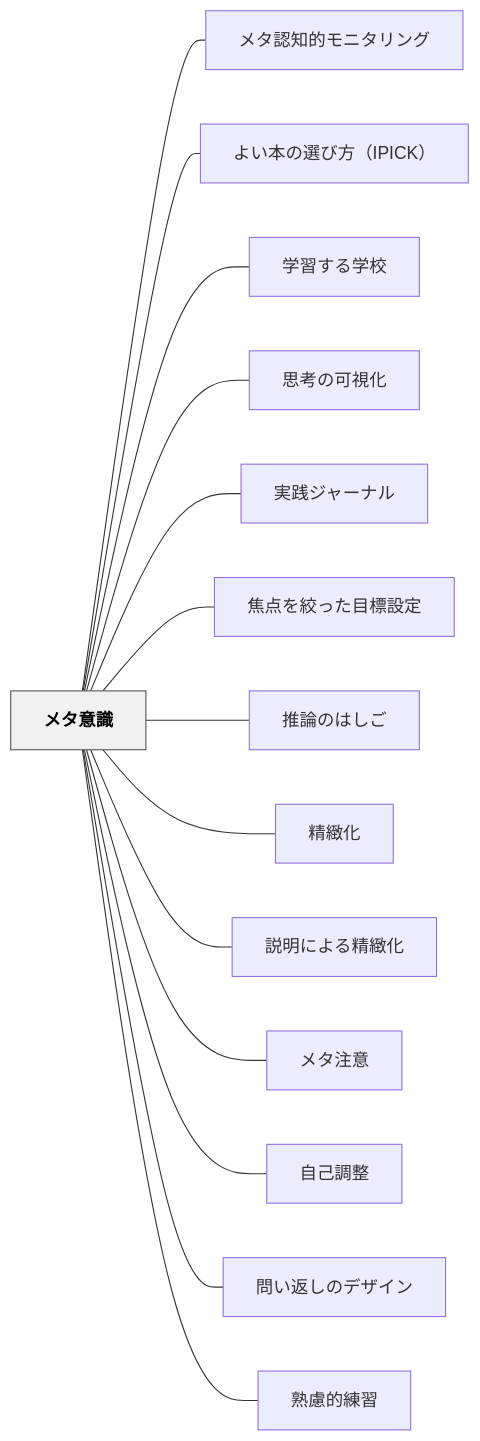
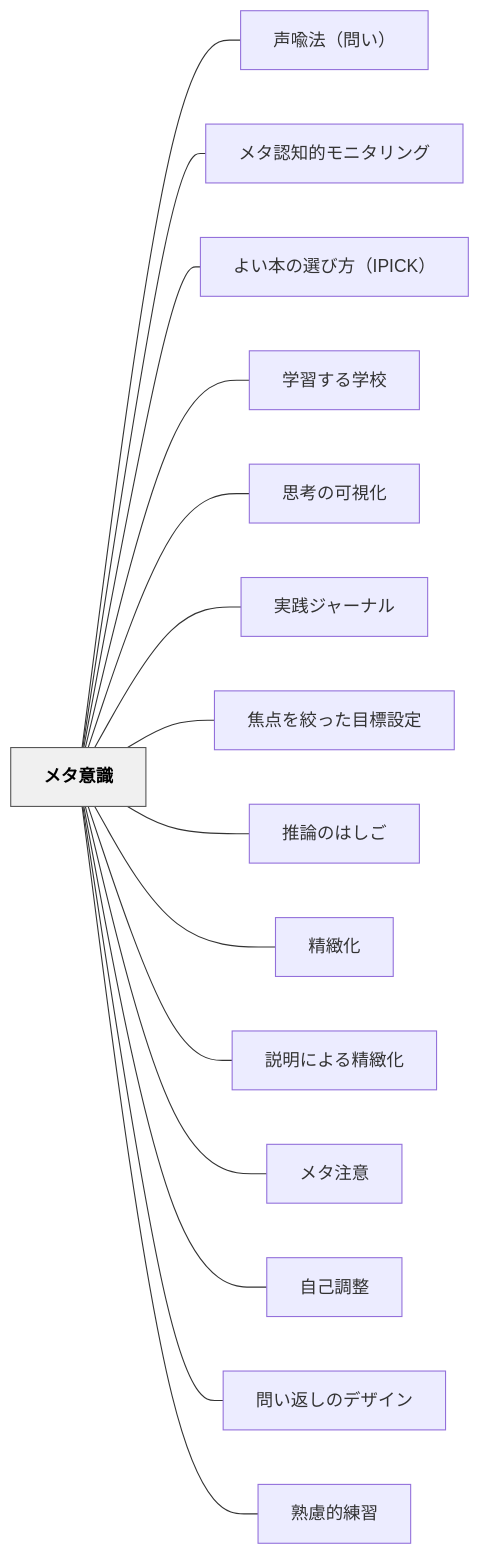
Before and after one commit to unknownthings-ed-patterns/unknownthings-ed-patterns: the diagram in content/パタン/メタ意識.md, drawn with Mermaid. The commit also changed other lines of this file and 38 other files, not shown here.

````diff
--- a/content/パタン/メタ意識.md
+++ b/content/パタン/メタ意識.md
@@ -83,34 +84,36 @@
 ```mermaid
 flowchart LR
     ne383a1e382bfe6848fe8ad98["メタ意識"]
+    ne5a3b0e596a9e6b395efbc88e5958fe38184efbc89["声喩法（問い）"]
     ne383a1e382bfe8aa8de79fa5e79a84e383a2e3838be382bfe383aae383b3e382b0["メタ認知的モニタリング"]
     ne38288e38184e69cace381aee981b8e381b3e696b9efbc88495049434befbc89["よい本の選び方（IPICK）"]
     ne5ada6e7bf92e38199e3828be5ada6e6a0a1["学習する学校"]
     ne6809de88083e381aee58fafe8a696e58c96["思考の可視化"]
     ne5ae9fe8b7b5e382b8e383a3e383bce3838ae383ab["実践ジャーナル"]
     ne784a6e782b9e38292e7b59ee381a3e3819fe79baee6a899e8a8ade5ae9a["焦点を絞った目標設定"]
     ne68ea8e8ab96e381aee381afe38197e38194["推論のはしご"]
     ne7b2bee7b7bbe58c96["精緻化"]
     ne8aaace6988ee381abe38288e3828be7b2bee7b7bbe58c96["説明による精緻化"]
     ne383a1e382bfe6b3a8e6848f["メタ注意"]
     ne887aae5b7b1e8aabfe695b4["自己調整"]
     ne5958fe38184e8bf94e38197e381aee38387e382b6e382a4e383b3["問い返しのデザイン"]
     ne7869fe685aee79a84e7b7b4e7bf92["熟慮的練習"]
 
+    ne383a1e382bfe6848fe8ad98 --- ne5a3b0e596a9e6b395efbc88e5958fe38184efbc89
     ne383a1e382bfe6848fe8ad98 --- ne383a1e382bfe8aa8de79fa5e79a84e383a2e3838be382bfe383aae383b3e382b0
     ne383a1e382bfe6848fe8ad98 --- ne38288e38184e69cace381aee981b8e381b3e696b9efbc88495049434befbc89
     ne383a1e382bfe6848fe8ad98 --- ne5ada6e7bf92e38199e3828be5ada6e6a0a1
     ne383a1e382bfe6848fe8ad98 --- ne6809de88083e381aee58fafe8a696e58c96
     ne383a1e382bfe6848fe8ad98 --- ne5ae9fe8b7b5e382b8e383a3e383bce3838ae383ab
     ne383a1e382bfe6848fe8ad98 --- ne784a6e782b9e38292e7b59ee381a3e3819fe79baee6a899e8a8ade5ae9a
     ne383a1e382bfe6848fe8ad98 --- ne68ea8e8ab96e381aee381afe38197e38194
     ne383a1e382bfe6848fe8ad98 --- ne7b2bee7b7bbe58c96
     ne383a1e382bfe6848fe8ad98 --- ne8aaace6988ee381abe38288e3828be7b2bee7b7bbe58c96
     ne383a1e382bfe6848fe8ad98 --- ne383a1e382bfe6b3a8e6848f
     ne383a1e382bfe6848fe8ad98 --- ne887aae5b7b1e8aabfe695b4
     ne383a1e382bfe6848fe8ad98 --- ne5958fe38184e8bf94e38197e381aee38387e382b6e382a4e383b3
     ne383a1e382bfe6848fe8ad98 --- ne7869fe685aee79a84e7b7b4e7bf92
 
     classDef hub fill:#f0f0f0,stroke:#555,color:#000,font-weight:bold
     class ne383a1e382bfe6848fe8ad98 hub
 ```
````
